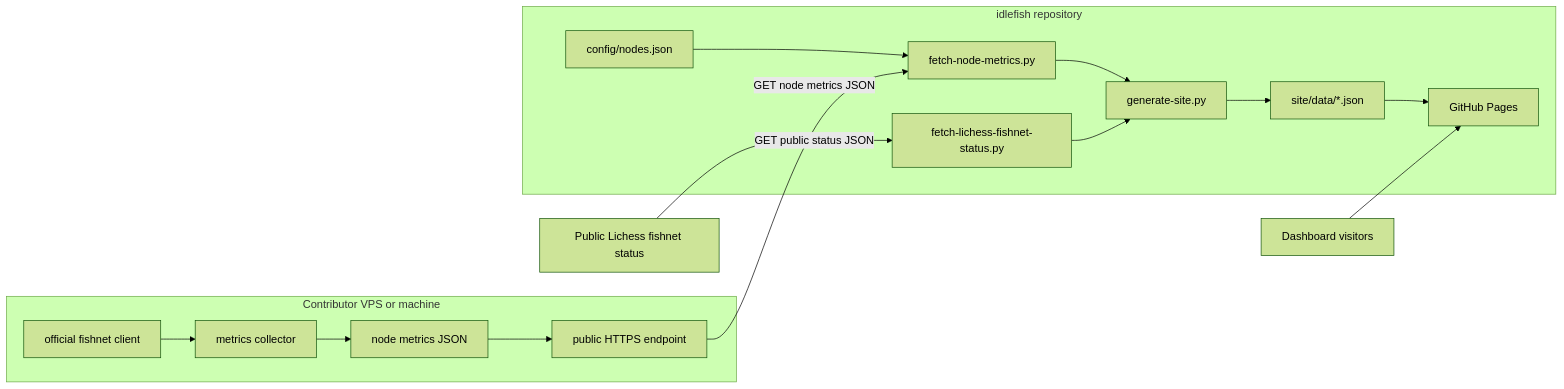
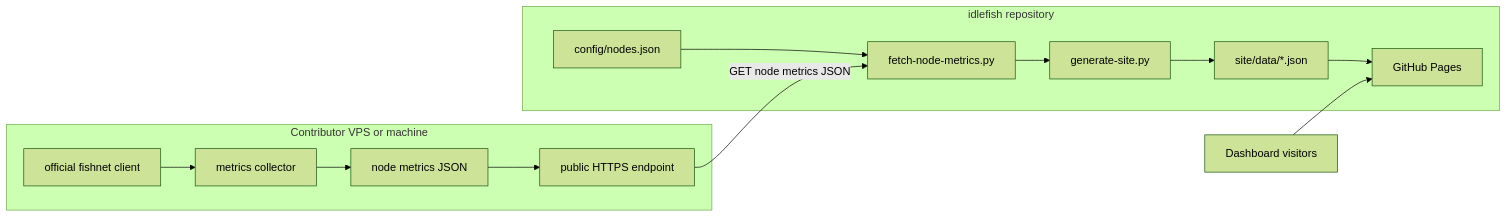
Before and after one commit to sancahs/idlefish: the first of 3 diagrams in docs/architecture-v0.md, drawn with Mermaid (forest theme). The commit also changed other lines of this file and 10 other files, not shown here.

Commit message:
Remove global fishnet status panel

````diff
--- a/docs/architecture-v0.md
+++ b/docs/architecture-v0.md
@@ -11,32 +11,29 @@
 ```mermaid
 flowchart LR
   subgraph Node["Contributor VPS or machine"]
     Fishnet["official fishnet client"]
     Collector["metrics collector"]
     JsonFile["node metrics JSON"]
     Endpoint["public HTTPS endpoint"]
 
     Fishnet --> Collector
     Collector --> JsonFile
     JsonFile --> Endpoint
   end
 
   subgraph GitHub["idlefish repository"]
     Config["config/nodes.json"]
     FetchNodes["fetch-node-metrics.py"]
-    FetchLichess["fetch-lichess-fishnet-status.py"]
     Generate["generate-site.py"]
     SiteData["site/data/*.json"]
     Pages["GitHub Pages"]
 
     Config --> FetchNodes
     FetchNodes --> Generate
-    FetchLichess --> Generate
     Generate --> SiteData
     SiteData --> Pages
   end
 
   Endpoint -- "GET node metrics JSON" --> FetchNodes
-  Lichess["Public Lichess fishnet status"] -- "GET public status JSON" --> FetchLichess
   Visitors["Dashboard visitors"] --> Pages
 ```
````
